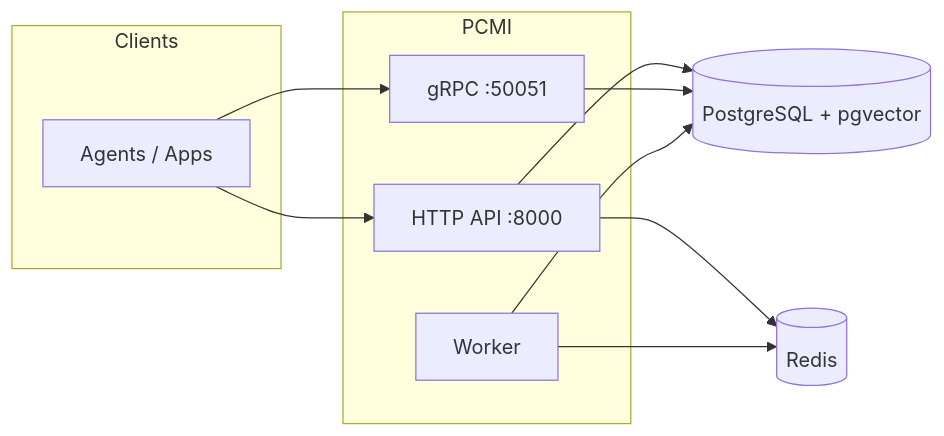
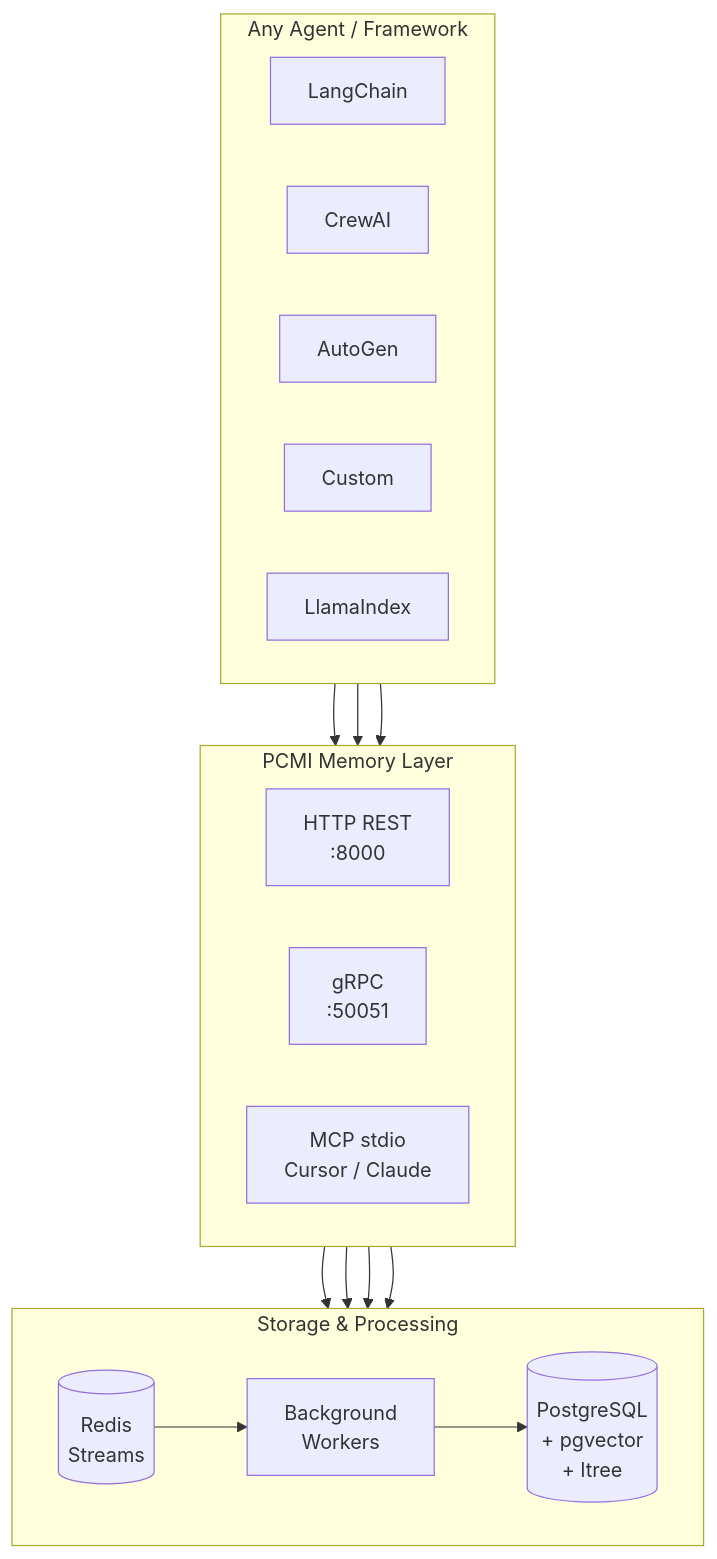
One commit to marco-spagn/pcmi changed the first of 2 diagrams in README.md. Above: the diagram before and after it, drawn with Mermaid. The commit also changed other lines of this file, not shown here.

````diff
--- a/README.md
+++ b/README.md
@@ -47,20 +67,35 @@
 ```mermaid
-flowchart LR
-  subgraph clients [Clients]
-    Agent[Agents / Apps]
+flowchart TB
+  subgraph Agents["Any Agent / Framework"]
+    direction LR
+    A1[LangChain]
+    A2[CrewAI]
+    A3[AutoGen]
+    A4[Custom]
+    A5[LlamaIndex]
   end
-  subgraph pcmi [PCMI]
-    API[HTTP API :8000]
-    GRPC[gRPC :50051]
-    W[Worker]
+
+  subgraph PCMI["PCMI Memory Layer"]
+    direction LR
+    HTTP[HTTP REST<br/>:8000]
+    GRPC[gRPC<br/>:50051]
+    MCP[MCP stdio<br/>Cursor / Claude]
   end
-  DB[(PostgreSQL + pgvector)]
-  Redis[(Redis)]
-  Agent --> API
-  Agent --> GRPC
-  API --> DB
-  API --> Redis
-  GRPC --> DB
-  W --> DB
-  W --> Redis
+
+  subgraph Store["Storage & Processing"]
+    direction LR
+    PG[(PostgreSQL<br/>+ pgvector<br/>+ ltree)]
+    RD[(Redis<br/>Streams)]
+    W[Background<br/>Workers]
+  end
+
+  Agents --> HTTP
+  Agents --> GRPC
+  Agents --> MCP
+  HTTP --> PG
+  GRPC --> PG
+  HTTP --> RD
+  GRPC --> RD
+  RD --> W
+  W --> PG
 ```
````
